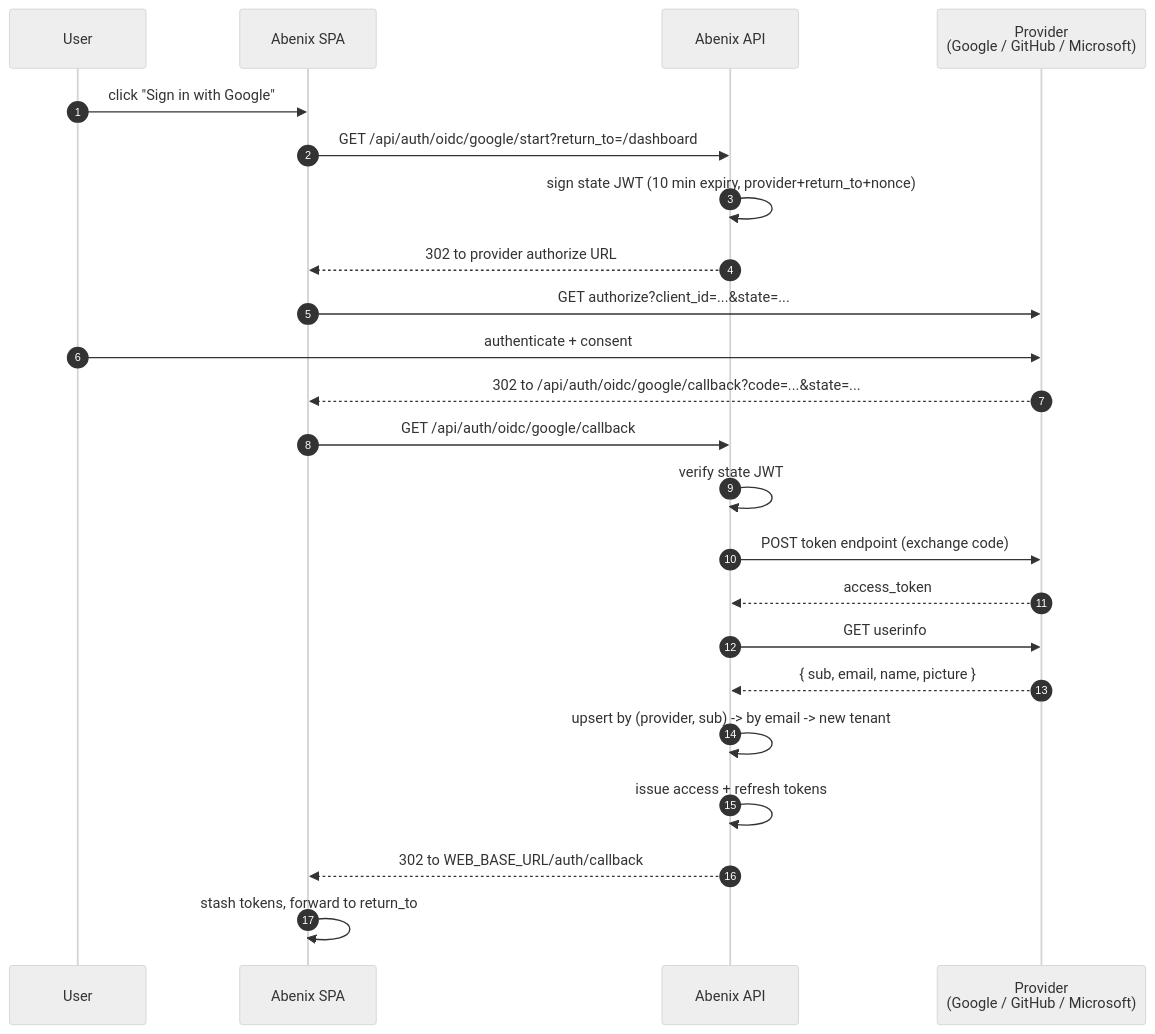
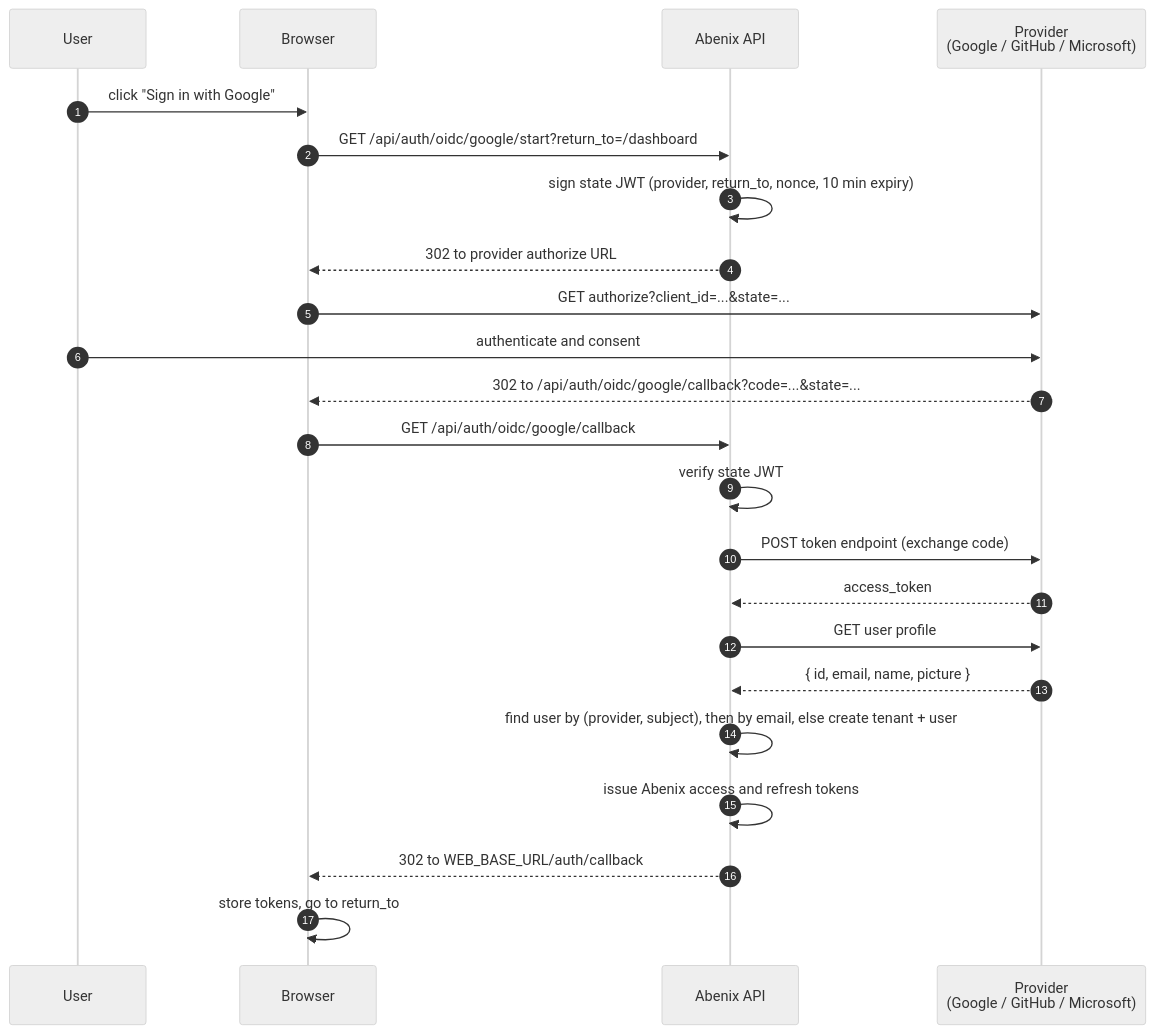
One commit to sarkar4777/abenix changed the diagram in apps/web/public/dev-docs/09-reference/05-sso.md. Above: the diagram before and after it, drawn with Mermaid (neutral theme). The commit also changed other lines of this file and 623 other files, not shown here.

````diff
--- a/apps/web/public/dev-docs/09-reference/05-sso.md
+++ b/apps/web/public/dev-docs/09-reference/05-sso.md
@@ -17,26 +36,26 @@
 ```mermaid
 sequenceDiagram
   autonumber
   participant U as User
-  participant SPA as Abenix SPA
+  participant B as Browser
   participant API as Abenix API
   participant P as Provider<br/>(Google / GitHub / Microsoft)
 
-  U->>SPA: click "Sign in with Google"
-  SPA->>API: GET /api/auth/oidc/google/start?return_to=/dashboard
-  API->>API: sign state JWT (10 min expiry, provider+return_to+nonce)
-  API-->>SPA: 302 to provider authorize URL
-  SPA->>P: GET authorize?client_id=...&state=...
-  U->>P: authenticate + consent
-  P-->>SPA: 302 to /api/auth/oidc/google/callback?code=...&state=...
-  SPA->>API: GET /api/auth/oidc/google/callback
+  U->>B: click "Sign in with Google"
+  B->>API: GET /api/auth/oidc/google/start?return_to=/dashboard
+  API->>API: sign state JWT (provider, return_to, nonce, 10 min expiry)
+  API-->>B: 302 to provider authorize URL
+  B->>P: GET authorize?client_id=...&state=...
+  U->>P: authenticate and consent
+  P-->>B: 302 to /api/auth/oidc/google/callback?code=...&state=...
+  B->>API: GET /api/auth/oidc/google/callback
   API->>API: verify state JWT
   API->>P: POST token endpoint (exchange code)
   P-->>API: access_token
-  API->>P: GET userinfo
-  P-->>API: { sub, email, name, picture }
-  API->>API: upsert by (provider, sub) -> by email -> new tenant
-  API->>API: issue access + refresh tokens
-  API-->>SPA: 302 to WEB_BASE_URL/auth/callback#tokens
-  SPA->>SPA: stash tokens, forward to return_to
+  API->>P: GET user profile
+  P-->>API: { id, email, name, picture }
+  API->>API: find user by (provider, subject), then by email, else create tenant + user
+  API->>API: issue Abenix access and refresh tokens
+  API-->>B: 302 to WEB_BASE_URL/auth/callback#access_token=...&refresh_token=...&return_to=...
+  B->>B: store tokens, go to return_to
 ```
````
